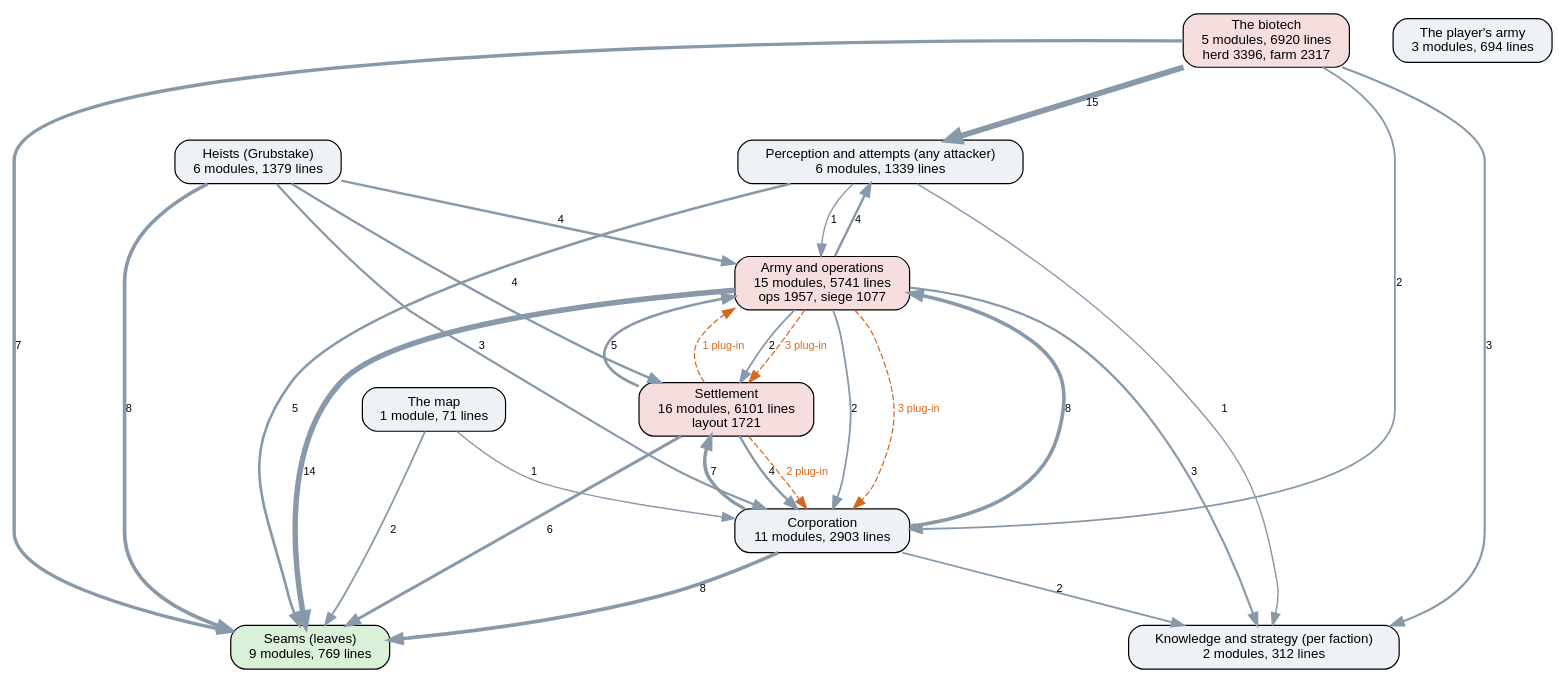
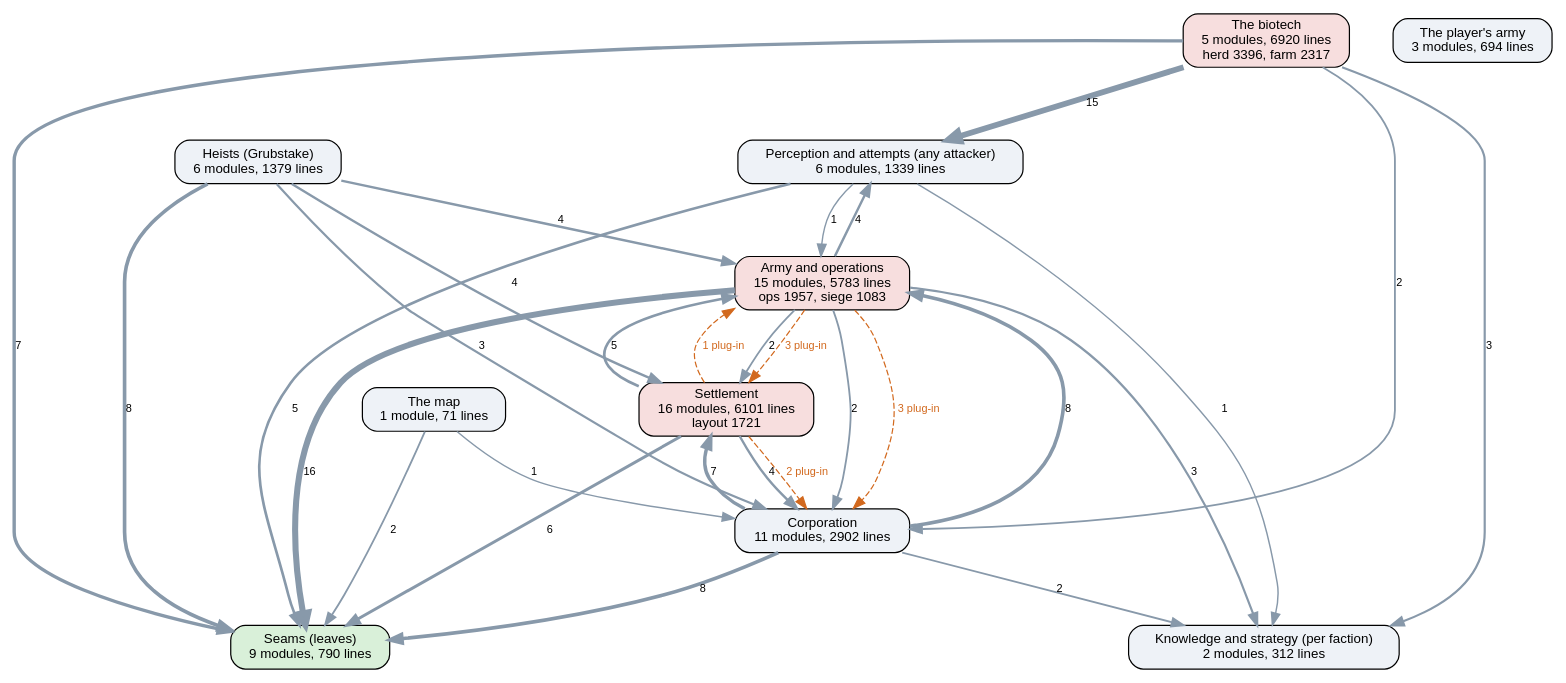
Before and after one commit to kinelhu/landing-party: the diagram in docs/ai-layers.dot, drawn with Graphviz. The commit also changed 15 other files, not shown here.

```diff
--- a/docs/ai-layers.dot
+++ b/docs/ai-layers.dot
@@ -1,44 +1,44 @@
 digraph layers {
   graph [rankdir=TB, fontname="Helvetica", nodesep=0.5, ranksep=0.7];
   node [shape=box, style="rounded,filled", fontname="Helvetica", fontsize=11, fillcolor="#eef2f7"];
   edge [color="#8899aa", fontname="Helvetica", fontsize=9];
-  "Seams (leaves)" [label="Seams (leaves)\n9 modules, 769 lines", fillcolor="#d9f0d9"];
+  "Seams (leaves)" [label="Seams (leaves)\n9 modules, 790 lines", fillcolor="#d9f0d9"];
   "Perception and attempts (any attacker)" [label="Perception and attempts (any attacker)\n6 modules, 1339 lines", fillcolor="#eef2f7"];
   "Knowledge and strategy (per faction)" [label="Knowledge and strategy (per faction)\n2 modules, 312 lines", fillcolor="#eef2f7"];
-  "Corporation" [label="Corporation\n11 modules, 2903 lines", fillcolor="#eef2f7"];
+  "Corporation" [label="Corporation\n11 modules, 2902 lines", fillcolor="#eef2f7"];
   "Settlement" [label="Settlement\n16 modules, 6101 lines\nlayout 1721", fillcolor="#f7dede"];
-  "Army and operations" [label="Army and operations\n15 modules, 5741 lines\nops 1957, siege 1077", fillcolor="#f7dede"];
+  "Army and operations" [label="Army and operations\n15 modules, 5783 lines\nops 1957, siege 1083", fillcolor="#f7dede"];
   "Heists (Grubstake)" [label="Heists (Grubstake)\n6 modules, 1379 lines", fillcolor="#eef2f7"];
   "The biotech" [label="The biotech\n5 modules, 6920 lines\nherd 3396, farm 2317", fillcolor="#f7dede"];
   "The map" [label="The map\n1 module, 71 lines", fillcolor="#eef2f7"];
   "The player's army" [label="The player's army\n3 modules, 694 lines", fillcolor="#eef2f7"];
   "Army and operations" -> "Corporation" [label="2", penwidth=1.5];
   "Army and operations" -> "Knowledge and strategy (per faction)" [label="3", penwidth=1.8];
   "Army and operations" -> "Perception and attempts (any attacker)" [label="4", penwidth=2.0];
-  "Army and operations" -> "Seams (leaves)" [label="14", penwidth=4.5];
+  "Army and operations" -> "Seams (leaves)" [label="16", penwidth=5.0];
   "Army and operations" -> "Settlement" [label="2", penwidth=1.5];
   "Corporation" -> "Army and operations" [label="8", penwidth=3.0];
   "Corporation" -> "Knowledge and strategy (per faction)" [label="2", penwidth=1.5];
   "Corporation" -> "Seams (leaves)" [label="8", penwidth=3.0];
   "Corporation" -> "Settlement" [label="7", penwidth=2.8];
   "Heists (Grubstake)" -> "Army and operations" [label="4", penwidth=2.0];
   "Heists (Grubstake)" -> "Corporation" [label="3", penwidth=1.8];
   "Heists (Grubstake)" -> "Seams (leaves)" [label="8", penwidth=3.0];
   "Heists (Grubstake)" -> "Settlement" [label="4", penwidth=2.0];
   "Perception and attempts (any attacker)" -> "Army and operations" [label="1", penwidth=1.2];
   "Perception and attempts (any attacker)" -> "Knowledge and strategy (per faction)" [label="1", penwidth=1.2];
   "Perception and attempts (any attacker)" -> "Seams (leaves)" [label="5", penwidth=2.2];
   "Settlement" -> "Army and operations" [label="5", penwidth=2.2];
   "Settlement" -> "Corporation" [label="4", penwidth=2.0];
   "Settlement" -> "Seams (leaves)" [label="6", penwidth=2.5];
   "The biotech" -> "Corporation" [label="2", penwidth=1.5];
   "The biotech" -> "Knowledge and strategy (per faction)" [label="3", penwidth=1.8];
   "The biotech" -> "Perception and attempts (any attacker)" [label="15", penwidth=4.8];
   "The biotech" -> "Seams (leaves)" [label="7", penwidth=2.8];
   "The map" -> "Corporation" [label="1", penwidth=1.2];
   "The map" -> "Seams (leaves)" [label="2", penwidth=1.5];
   "Army and operations" -> "Corporation" [style=dashed, color="#d2691e", fontcolor="#d2691e", label="3 plug-in"];
   "Army and operations" -> "Settlement" [style=dashed, color="#d2691e", fontcolor="#d2691e", label="3 plug-in"];
   "Settlement" -> "Army and operations" [style=dashed, color="#d2691e", fontcolor="#d2691e", label="1 plug-in"];
   "Settlement" -> "Corporation" [style=dashed, color="#d2691e", fontcolor="#d2691e", label="2 plug-in"];
 }
```
